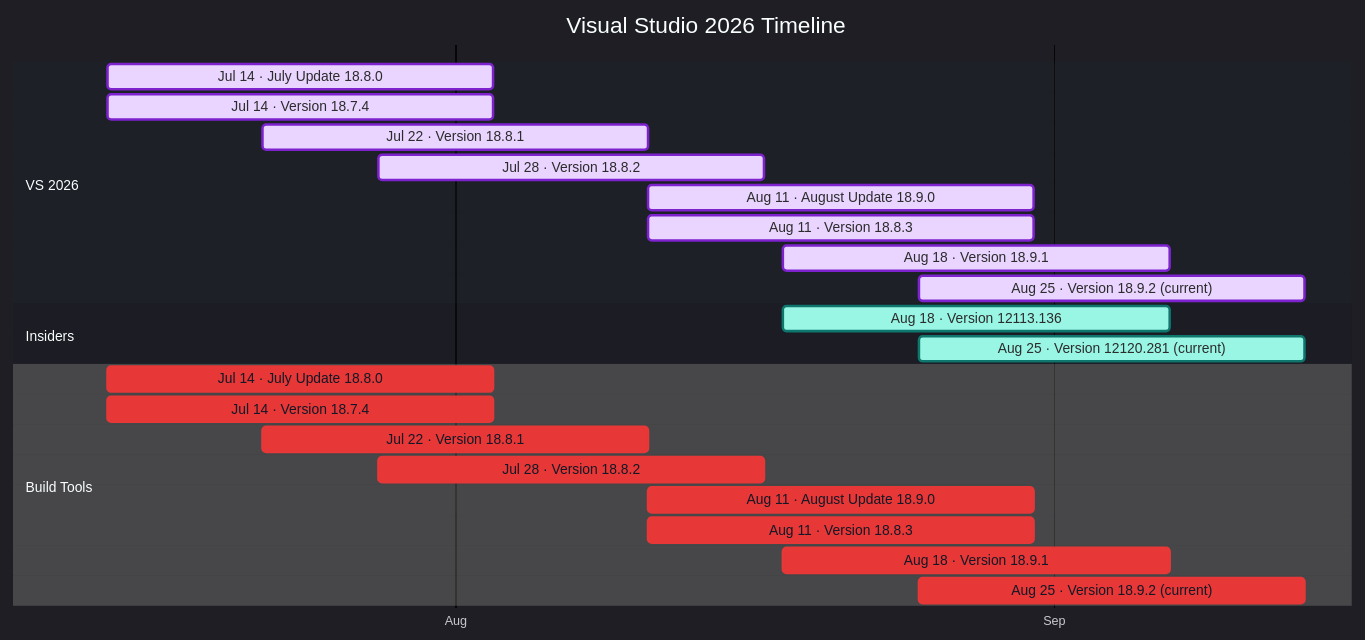
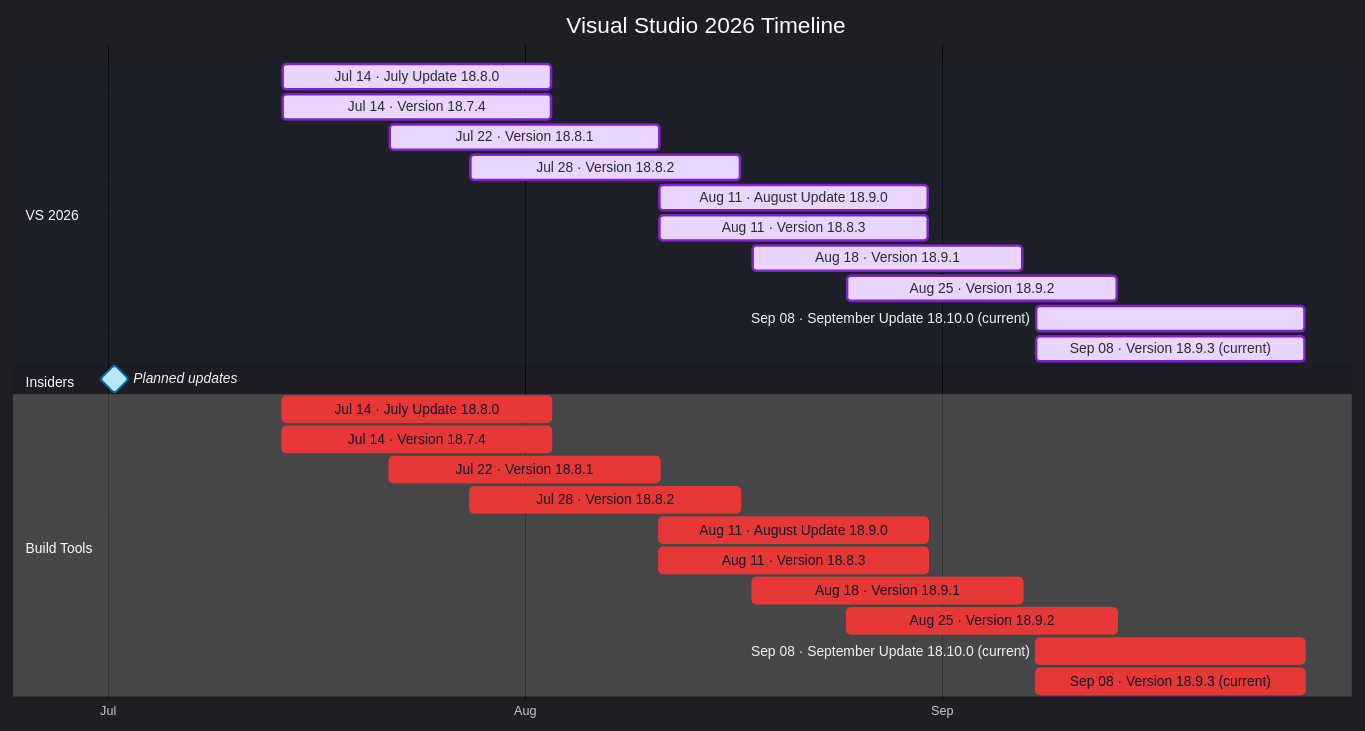
The diagram in docs/visual-studio-2026.md (Oxelya-DevTools/VisualStudioUpdate), drawn with Mermaid before and after one commit. The commit also changed other lines of this file and 3 other files, not shown here.

````diff
--- a/docs/visual-studio-2026.md
+++ b/docs/visual-studio-2026.md
@@ -9,29 +9,32 @@
 ```mermaid
 %%{init: {'theme':'dark','themeVariables': { 'fontFamily': 'Segoe UI', 'fontSize': '24px', 'textColor': '#F3F4F6', 'titleTextColor': '#FFFFFF', 'taskTextColor': '#111827', 'taskTextLightColor': '#111827', 'taskTextOutsideColor': '#F3F4F6', 'taskBkgColor': '#BAE6FD', 'taskBorderColor': '#0369A1', 'doneTaskBkgColor': '#E9D5FF', 'doneTaskBorderColor': '#7E22CE', 'activeTaskBkgColor': '#99F6E4', 'activeTaskBorderColor': '#0F766E', 'critTaskBkgColor': '#FED7AA', 'critTaskBorderColor': '#C2410C', 'sectionBkgColor': '#1F2937', 'altSectionBkgColor': '#111827', 'gridColor': '#4B5563', 'todayLineColor': '#F87171' }}}%%
 gantt
     title Visual Studio 2026 Timeline
     dateFormat  YYYY-MM-DD
     axisFormat  %b
     tickInterval 1month
     section VS 2026
     Jul 14 · July Update 18.8.0 : done, vs2026202607140, 2026-07-14, 20d
     Jul 14 · Version 18.7.4 : done, vs2026202607141, 2026-07-14, 20d
     Jul 22 · Version 18.8.1 : done, vs2026202607222, 2026-07-22, 20d
     Jul 28 · Version 18.8.2 : done, vs2026202607283, 2026-07-28, 20d
     Aug 11 · August Update 18.9.0 : done, vs2026202608114, 2026-08-11, 20d
     Aug 11 · Version 18.8.3 : done, vs2026202608115, 2026-08-11, 20d
     Aug 18 · Version 18.9.1 : done, vs2026202608186, 2026-08-18, 20d
-    Aug 25 · Version 18.9.2 (current) : done, vs2026202608257, 2026-08-25, 20d
+    Aug 25 · Version 18.9.2 : done, vs2026202608257, 2026-08-25, 20d
+    Sep 08 · September Update 18.10.0 (current) : done, vs2026202609088, 2026-09-08, 20d
+    Sep 08 · Version 18.9.3 (current) : done, vs2026202609089, 2026-09-08, 20d
     section Insiders
-    Aug 18 · Version 12113.136 : active, insiders202608180, 2026-08-18, 20d
-    Aug 25 · Version 12120.281 (current) : active, insiders202608251, 2026-08-25, 20d
+    Planned updates : milestone, insidersplanned, 2026-07-01, 1d
     section Build Tools
     Jul 14 · July Update 18.8.0 : crit, buildtools202607140, 2026-07-14, 20d
     Jul 14 · Version 18.7.4 : crit, buildtools202607141, 2026-07-14, 20d
     Jul 22 · Version 18.8.1 : crit, buildtools202607222, 2026-07-22, 20d
     Jul 28 · Version 18.8.2 : crit, buildtools202607283, 2026-07-28, 20d
     Aug 11 · August Update 18.9.0 : crit, buildtools202608114, 2026-08-11, 20d
     Aug 11 · Version 18.8.3 : crit, buildtools202608115, 2026-08-11, 20d
     Aug 18 · Version 18.9.1 : crit, buildtools202608186, 2026-08-18, 20d
-    Aug 25 · Version 18.9.2 (current) : crit, buildtools202608257, 2026-08-25, 20d
+    Aug 25 · Version 18.9.2 : crit, buildtools202608257, 2026-08-25, 20d
+    Sep 08 · September Update 18.10.0 (current) : crit, buildtools202609088, 2026-09-08, 20d
+    Sep 08 · Version 18.9.3 (current) : crit, buildtools202609089, 2026-09-08, 20d
 ```
````
